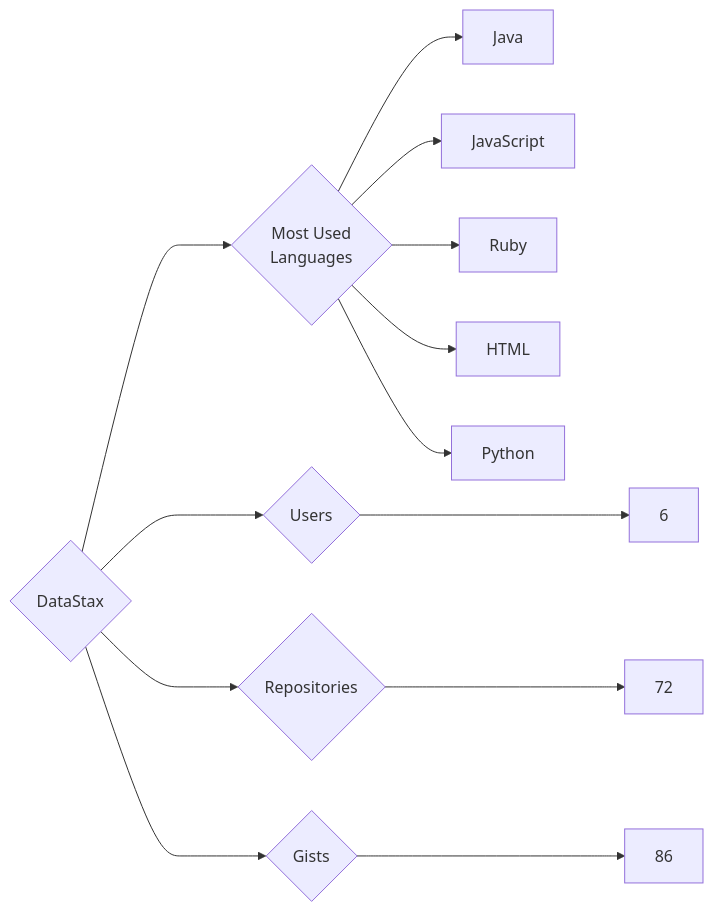
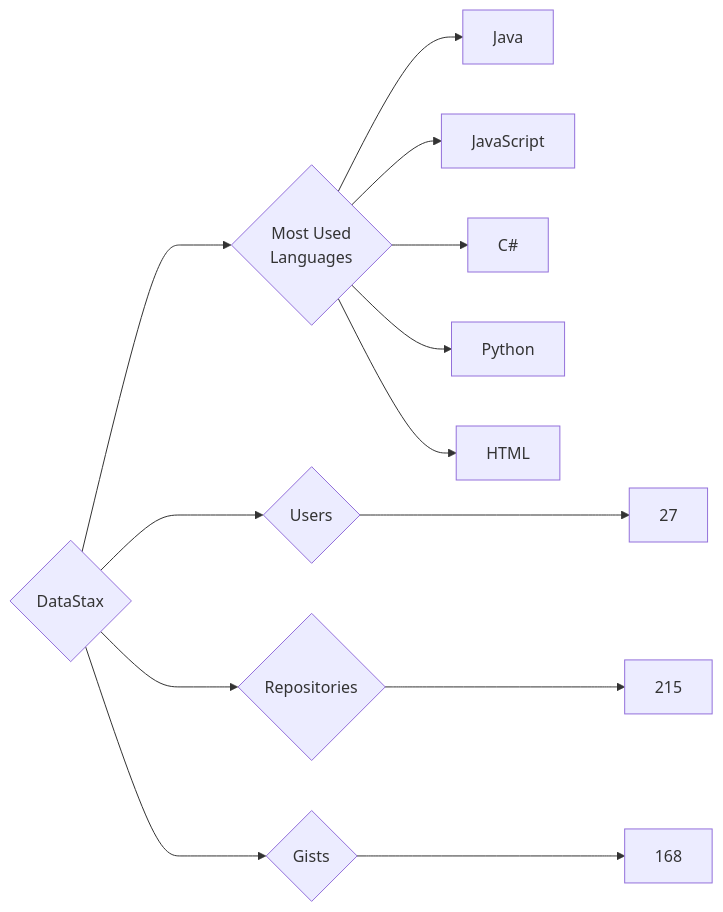
One commit to trickest/insiders changed the diagram in targets/DataStax/README.md. Above: the diagram before and after it, drawn with Mermaid. The commit also changed 925 other files, not shown here.

````diff
--- a/targets/DataStax/README.md
+++ b/targets/DataStax/README.md
@@ -3,13 +3,13 @@
 ```mermaid
 graph LR
 COMPANY_NAME{DataStax}
-COMPANY_NAME ---> U{Users} ---> UN[6]
-COMPANY_NAME ---> R{Repositories} ---> RN[72]
-COMPANY_NAME ---> G{Gists} ---> GN[86]
+COMPANY_NAME ---> U{Users} ---> UN[27]
+COMPANY_NAME ---> R{Repositories} ---> RN[215]
+COMPANY_NAME ---> G{Gists} ---> GN[168]
 COMPANY_NAME ---> ML{Most Used<br>Languages}
 ML --> Java[Java]
 ML --> JavaScript[JavaScript]
-ML --> Ruby[Ruby]
+ML --> C#[C#]
+ML --> Python[Python]
 ML --> HTML[HTML]
-ML --> Python[Python]
 ```
````
